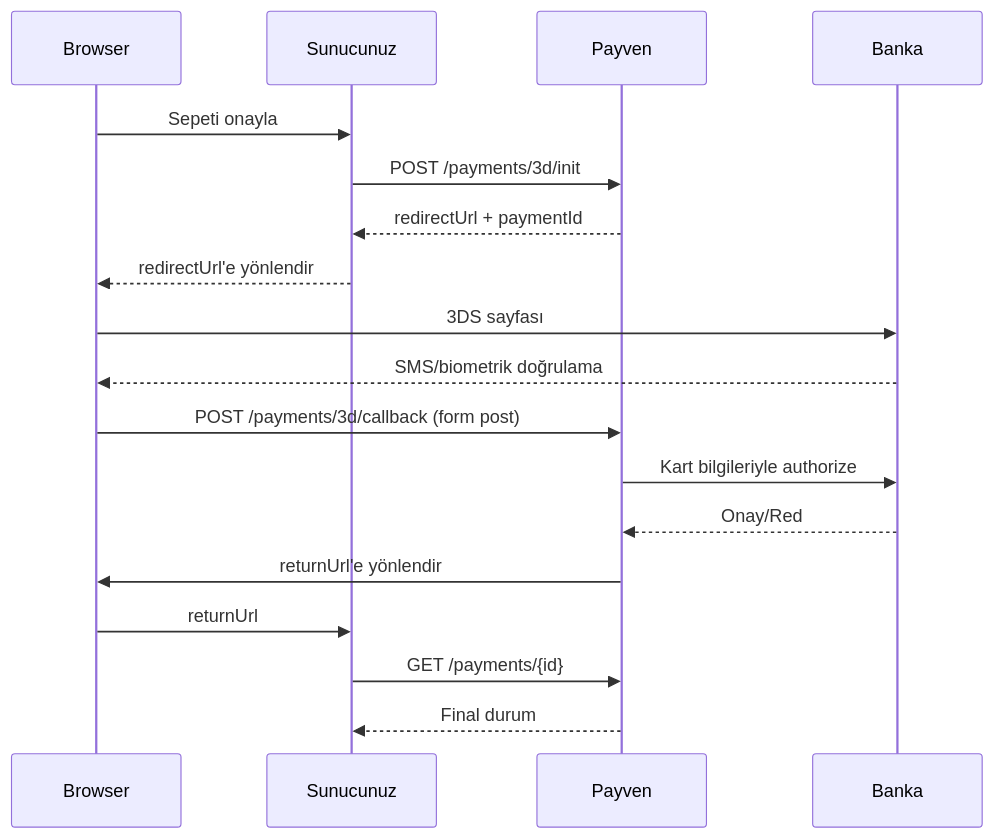
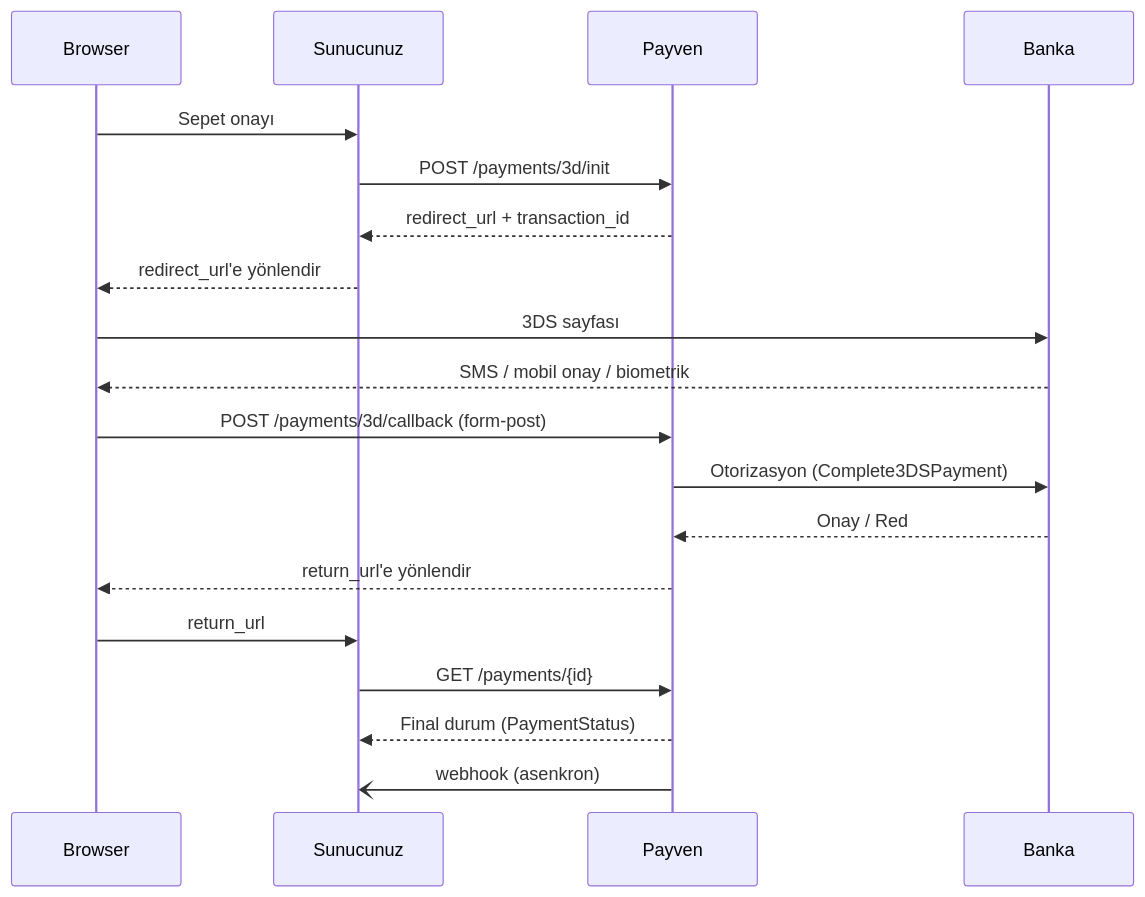
The diagram in sanal-pos/payments/3d-secure.mdx (payment-pos/mintlify), drawn with Mermaid before and after one commit. The commit also changed other lines of this file and 45 other files, not shown here.

````diff
--- a/sanal-pos/payments/3d-secure.mdx
+++ b/sanal-pos/payments/3d-secure.mdx
@@ -10,21 +10,22 @@
 ```mermaid
 sequenceDiagram
     participant Browser
-    participant Server as Sunucunuz
+    participant App as Sunucunuz
     participant Payven
     participant Bank as Banka
 
-    Browser->>Server: Sepeti onayla
-    Server->>Payven: POST /payments/3d/init
-    Payven-->>Server: redirectUrl + paymentId
-    Server-->>Browser: redirectUrl'e yönlendir
+    Browser->>App: Sepet onayı
+    App->>Payven: POST /payments/3d/init
+    Payven-->>App: redirect_url + transaction_id
+    App-->>Browser: redirect_url'e yönlendir
     Browser->>Bank: 3DS sayfası
-    Bank-->>Browser: SMS/biometrik doğrulama
-    Browser->>Payven: POST /payments/3d/callback (form post)
-    Payven->>Bank: Kart bilgileriyle authorize
-    Bank-->>Payven: Onay/Red
-    Payven->>Browser: returnUrl'e yönlendir
-    Browser->>Server: returnUrl
-    Server->>Payven: GET /payments/{id}
-    Payven-->>Server: Final durum
+    Bank-->>Browser: SMS / mobil onay / biometrik
+    Browser->>Payven: POST /payments/3d/callback (form-post)
+    Payven->>Bank: Otorizasyon (Complete3DSPayment)
+    Bank-->>Payven: Onay / Red
+    Payven-->>Browser: return_url'e yönlendir
+    Browser->>App: return_url
+    App->>Payven: GET /payments/{id}
+    Payven-->>App: Final durum (PaymentStatus)
+    Payven-)App: webhook (asenkron)
 ```
````
